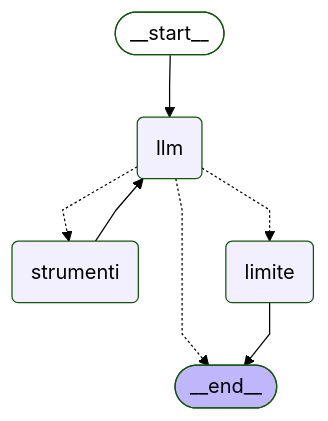
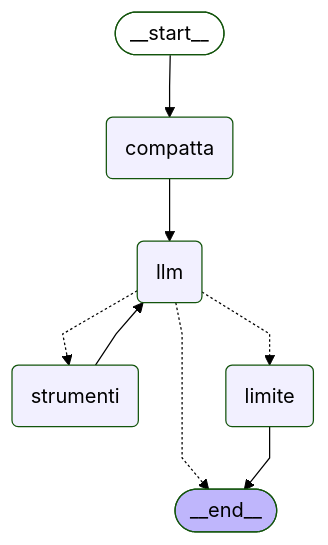
One commit to gabrielefranz25-create/lab-llm changed the diagram in lab_llm/docs/COME_FUNZIONA.md. Above: the diagram before and after it, drawn with Mermaid (forest theme). The commit also changed other lines of this file and 5 other files, not shown here.

````diff
--- a/lab_llm/docs/COME_FUNZIONA.md
+++ b/lab_llm/docs/COME_FUNZIONA.md
@@ -53,22 +57,24 @@
 ```mermaid
 ---
 config:
   flowchart:
     curve: linear
 ---
 graph TD;
 	__start__([<p>__start__</p>]):::first
+	compatta(compatta)
 	llm(llm)
 	strumenti(strumenti)
 	limite(limite)
 	__end__([<p>__end__</p>]):::last
-	__start__ --> llm;
+	__start__ --> compatta;
+	compatta --> llm;
 	llm -.-> __end__;
 	llm -.-> limite;
 	llm -.-> strumenti;
 	strumenti --> llm;
 	limite --> __end__;
 	classDef default fill:#f2f0ff,line-height:1.2
 	classDef first fill-opacity:0
 	classDef last fill:#bfb6fc
 ```
````
